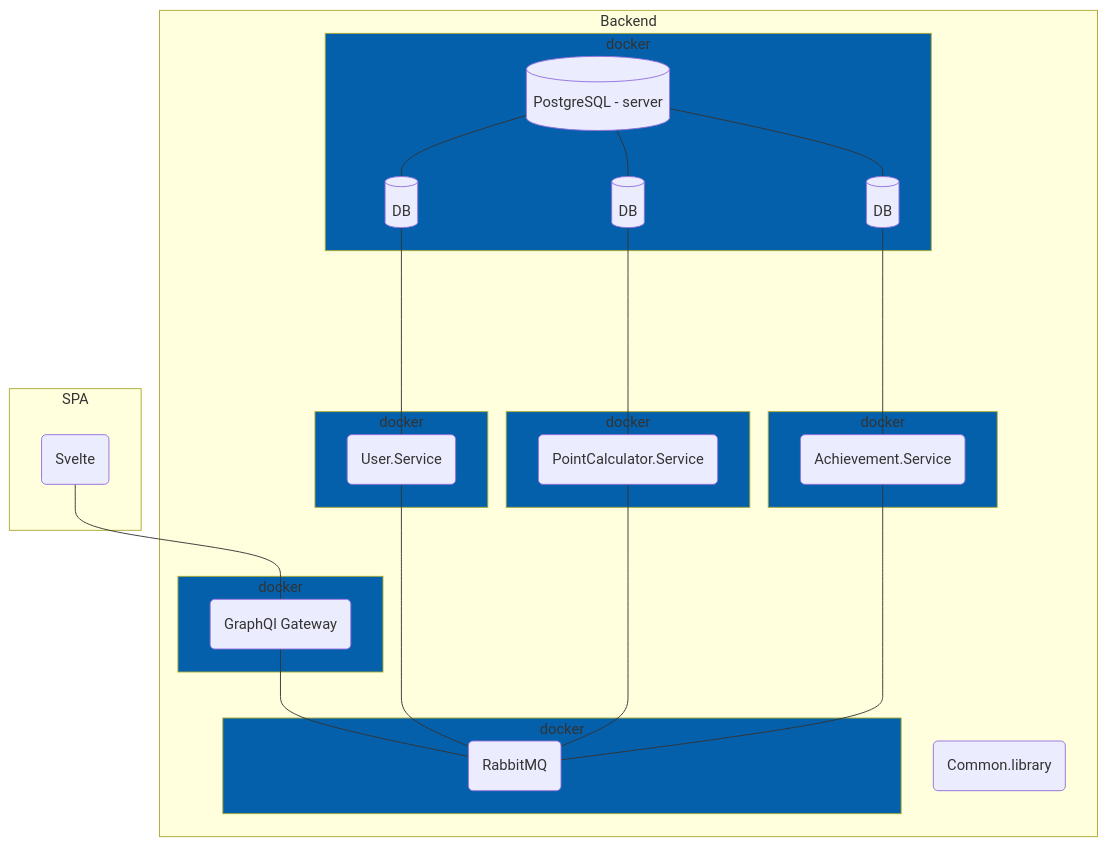
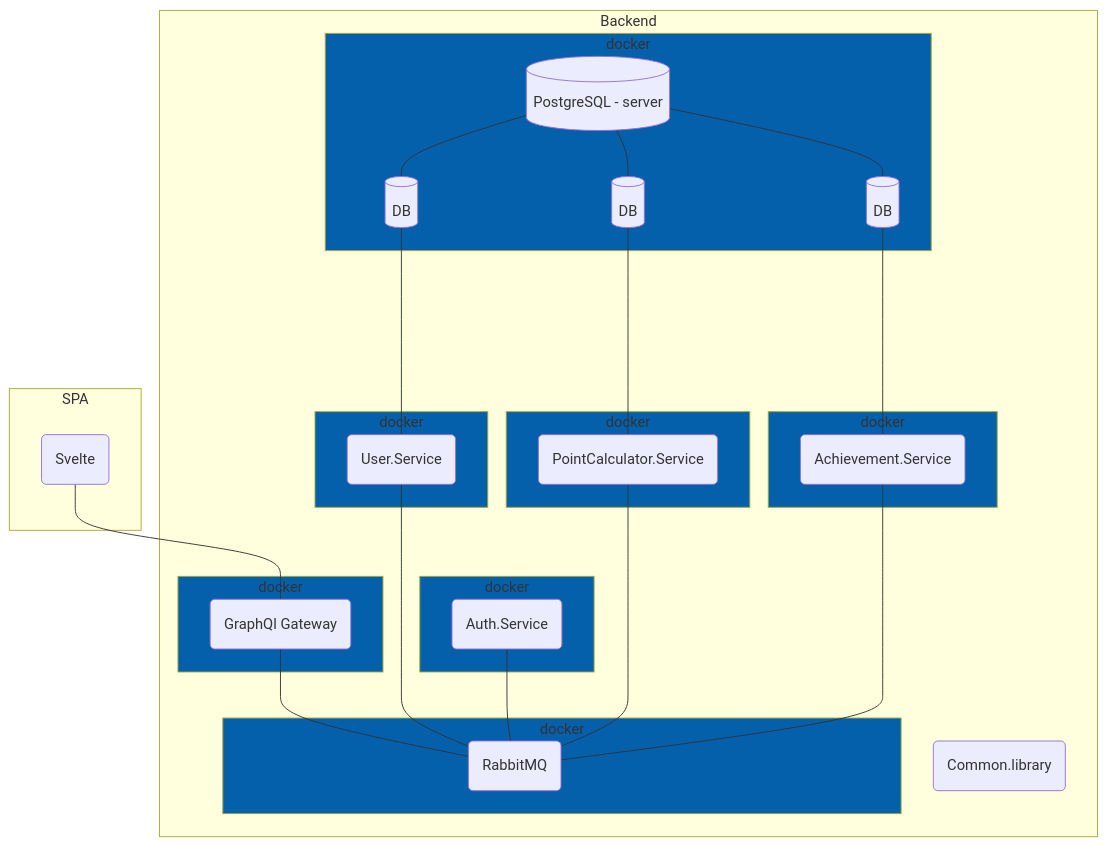
Before and after one commit to IsssE/poppis-achiever: the diagram in docs/architecture.md, drawn with Mermaid. The commit also changed 76 other files, not shown here.

````diff
--- a/docs/architecture.md
+++ b/docs/architecture.md
@@ -3,67 +3,73 @@
 ```mermaid
     flowchart TD
         subgraph SPA
         A(Svelte)        
         end
         
         subgraph Backend 
         
             subgraph docker.gql [docker]
             gql(GraphQl Gateway)
             end
 
             subgraph docker.user [docker]
             C(User.Service)
+            end
+
+            subgraph docker.auth [docker]
+            C.A(Auth.Service)
             end
             
             subgraph docker.calculator [docker]
             D(PointCalculator.Service)
             end
 
             subgraph docker.achievemnt [docker]
             E(Achievement.Service)
             end
 
             subgraph docker.Rabbit [docker]
             H(RabbitMQ)
             end
 
             
             subgraph docker.Postgre [docker]
             DB[(PostgreSQL - server)]
             C.DB[(DB)]
             D.DB[(DB)]
             E.DB[(DB)]
             end
 
         F(Common.library)
         end
 
         gql --- H
         
         A --- gql
 
 
         C ---- H
+        C.A --- H 
         D ---- H
         E ---- H
 
         E.DB ----- E
         D.DB ----- D
         C.DB ----- C
 
         DB---C.DB
         DB---D.DB
         DB---E.DB
               
         
 docker.user:::dockerClass
 docker.calculator:::dockerClass
 docker.achievemnt:::dockerClass
 docker.Postgre:::dockerClass
 docker.Rabbit:::dockerClass
 docker.gql:::dockerClass
+docker.auth:::dockerClass
 
 classDef dockerClass fill:#0560ab,text-align:left
         
 ```
````
